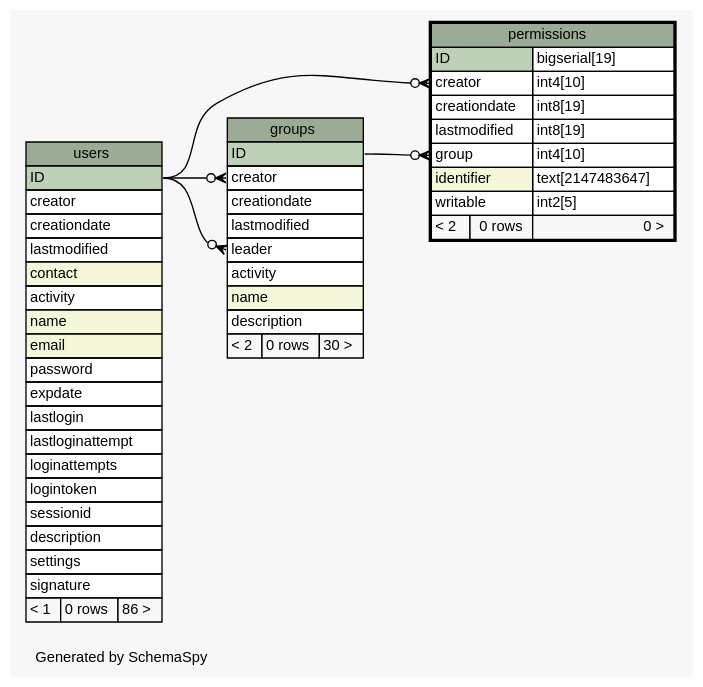
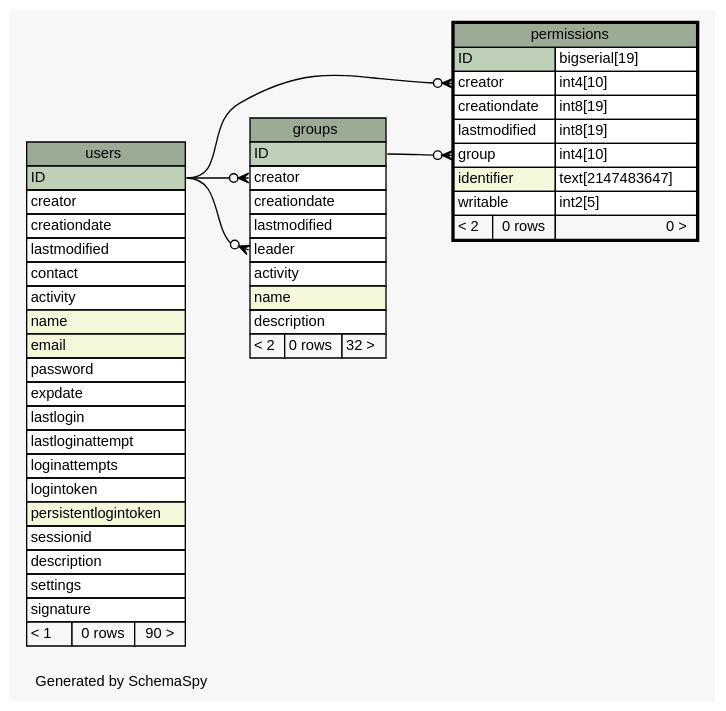
Before and after one commit to zeyosinc/zeyos-schema: the diagram in diagrams/permissions.1degree.dot, drawn with Graphviz. The commit also changed 322 other files, not shown here.

```diff
--- a/diagrams/permissions.1degree.dot
+++ b/diagrams/permissions.1degree.dot
@@ -1,86 +1,87 @@
-// dot 2.38.0 on Mac OS X 10.11.2
+// dot 2.38.0 on Mac OS X 10.11.3
 // SchemaSpy rev 590
 digraph "oneDegreeRelationshipsDiagram" {
   graph [
     rankdir="RL"
     bgcolor="#f7f7f7"
     label="\nGenerated by SchemaSpy"
     labeljust="l"
     nodesep="0.18"
     ranksep="0.46"
     fontname="Helvetica"
     fontsize="11"
   ];
   node [
     fontname="Helvetica"
     fontsize="11"
     shape="plaintext"
   ];
   edge [
     arrowsize="0.8"
   ];
   "groups":"creator":w -> "users":"ID":e [arrowhead=none dir=back arrowtail=crowodot];
   "groups":"leader":w -> "users":"ID":e [arrowhead=none dir=back arrowtail=crowodot];
   "permissions":"creator":w -> "users":"ID":e [arrowhead=none dir=back arrowtail=crowodot];
   "permissions":"group":w -> "groups":"ID":e [arrowhead=none dir=back arrowtail=crowodot];
   "groups" [
     label=<
     <TABLE BORDER="0" CELLBORDER="1" CELLSPACING="0" BGCOLOR="#ffffff">
       <TR><TD COLSPAN="3" BGCOLOR="#9bab96" ALIGN="CENTER">groups</TD></TR>
       <TR><TD PORT="ID" COLSPAN="3" BGCOLOR="#bed1b8" ALIGN="LEFT">ID</TD></TR>
       <TR><TD PORT="creator" COLSPAN="3" ALIGN="LEFT">creator</TD></TR>
       <TR><TD PORT="creationdate" COLSPAN="3" ALIGN="LEFT">creationdate</TD></TR>
       <TR><TD PORT="lastmodified" COLSPAN="3" ALIGN="LEFT">lastmodified</TD></TR>
       <TR><TD PORT="leader" COLSPAN="3" ALIGN="LEFT">leader</TD></TR>
       <TR><TD PORT="activity" COLSPAN="3" ALIGN="LEFT">activity</TD></TR>
       <TR><TD PORT="name" COLSPAN="3" BGCOLOR="#f4f7da" ALIGN="LEFT">name</TD></TR>
       <TR><TD PORT="description" COLSPAN="3" ALIGN="LEFT">description</TD></TR>
-      <TR><TD ALIGN="LEFT" BGCOLOR="#f7f7f7">&lt; 2</TD><TD ALIGN="RIGHT" BGCOLOR="#f7f7f7">0 rows</TD><TD ALIGN="RIGHT" BGCOLOR="#f7f7f7">30 &gt;</TD></TR>
+      <TR><TD ALIGN="LEFT" BGCOLOR="#f7f7f7">&lt; 2</TD><TD ALIGN="RIGHT" BGCOLOR="#f7f7f7">0 rows</TD><TD ALIGN="RIGHT" BGCOLOR="#f7f7f7">32 &gt;</TD></TR>
     </TABLE>>
     URL="groups.html"
     tooltip="groups"
   ];
   "permissions" [
     label=<
     <TABLE BORDER="2" CELLBORDER="1" CELLSPACING="0" BGCOLOR="#ffffff">
       <TR><TD COLSPAN="3" BGCOLOR="#9bab96" ALIGN="CENTER">permissions</TD></TR>
       <TR><TD PORT="ID" COLSPAN="2" BGCOLOR="#bed1b8" ALIGN="LEFT">ID</TD><TD PORT="ID.type" ALIGN="LEFT">bigserial[19]</TD></TR>
       <TR><TD PORT="creator" COLSPAN="2" ALIGN="LEFT">creator</TD><TD PORT="creator.type" ALIGN="LEFT">int4[10]</TD></TR>
       <TR><TD PORT="creationdate" COLSPAN="2" ALIGN="LEFT">creationdate</TD><TD PORT="creationdate.type" ALIGN="LEFT">int8[19]</TD></TR>
       <TR><TD PORT="lastmodified" COLSPAN="2" ALIGN="LEFT">lastmodified</TD><TD PORT="lastmodified.type" ALIGN="LEFT">int8[19]</TD></TR>
       <TR><TD PORT="group" COLSPAN="2" ALIGN="LEFT">group</TD><TD PORT="group.type" ALIGN="LEFT">int4[10]</TD></TR>
       <TR><TD PORT="identifier" COLSPAN="2" BGCOLOR="#f4f7da" ALIGN="LEFT">identifier</TD><TD PORT="identifier.type" ALIGN="LEFT">text[2147483647]</TD></TR>
       <TR><TD PORT="writable" COLSPAN="2" ALIGN="LEFT">writable</TD><TD PORT="writable.type" ALIGN="LEFT">int2[5]</TD></TR>
       <TR><TD ALIGN="LEFT" BGCOLOR="#f7f7f7">&lt; 2</TD><TD ALIGN="RIGHT" BGCOLOR="#f7f7f7">0 rows</TD><TD ALIGN="RIGHT" BGCOLOR="#f7f7f7">0 &gt;</TD></TR>
     </TABLE>>
     URL="permissions.html"
     tooltip="permissions"
   ];
   "users" [
     label=<
     <TABLE BORDER="0" CELLBORDER="1" CELLSPACING="0" BGCOLOR="#ffffff">
       <TR><TD COLSPAN="3" BGCOLOR="#9bab96" ALIGN="CENTER">users</TD></TR>
       <TR><TD PORT="ID" COLSPAN="3" BGCOLOR="#bed1b8" ALIGN="LEFT">ID</TD></TR>
       <TR><TD PORT="creator" COLSPAN="3" ALIGN="LEFT">creator</TD></TR>
       <TR><TD PORT="creationdate" COLSPAN="3" ALIGN="LEFT">creationdate</TD></TR>
       <TR><TD PORT="lastmodified" COLSPAN="3" ALIGN="LEFT">lastmodified</TD></TR>
-      <TR><TD PORT="contact" COLSPAN="3" BGCOLOR="#f4f7da" ALIGN="LEFT">contact</TD></TR>
+      <TR><TD PORT="contact" COLSPAN="3" ALIGN="LEFT">contact</TD></TR>
       <TR><TD PORT="activity" COLSPAN="3" ALIGN="LEFT">activity</TD></TR>
       <TR><TD PORT="name" COLSPAN="3" BGCOLOR="#f4f7da" ALIGN="LEFT">name</TD></TR>
       <TR><TD PORT="email" COLSPAN="3" BGCOLOR="#f4f7da" ALIGN="LEFT">email</TD></TR>
       <TR><TD PORT="password" COLSPAN="3" ALIGN="LEFT">password</TD></TR>
       <TR><TD PORT="expdate" COLSPAN="3" ALIGN="LEFT">expdate</TD></TR>
       <TR><TD PORT="lastlogin" COLSPAN="3" ALIGN="LEFT">lastlogin</TD></TR>
       <TR><TD PORT="lastloginattempt" COLSPAN="3" ALIGN="LEFT">lastloginattempt</TD></TR>
       <TR><TD PORT="loginattempts" COLSPAN="3" ALIGN="LEFT">loginattempts</TD></TR>
       <TR><TD PORT="logintoken" COLSPAN="3" ALIGN="LEFT">logintoken</TD></TR>
+      <TR><TD PORT="persistentlogintoken" COLSPAN="3" BGCOLOR="#f4f7da" ALIGN="LEFT">persistentlogintoken</TD></TR>
       <TR><TD PORT="sessionid" COLSPAN="3" ALIGN="LEFT">sessionid</TD></TR>
       <TR><TD PORT="description" COLSPAN="3" ALIGN="LEFT">description</TD></TR>
       <TR><TD PORT="settings" COLSPAN="3" ALIGN="LEFT">settings</TD></TR>
       <TR><TD PORT="signature" COLSPAN="3" ALIGN="LEFT">signature</TD></TR>
-      <TR><TD ALIGN="LEFT" BGCOLOR="#f7f7f7">&lt; 1</TD><TD ALIGN="RIGHT" BGCOLOR="#f7f7f7">0 rows</TD><TD ALIGN="RIGHT" BGCOLOR="#f7f7f7">86 &gt;</TD></TR>
+      <TR><TD ALIGN="LEFT" BGCOLOR="#f7f7f7">&lt; 1</TD><TD ALIGN="RIGHT" BGCOLOR="#f7f7f7">0 rows</TD><TD ALIGN="RIGHT" BGCOLOR="#f7f7f7">90 &gt;</TD></TR>
     </TABLE>>
     URL="users.html"
     tooltip="users"
   ];
 }
```
